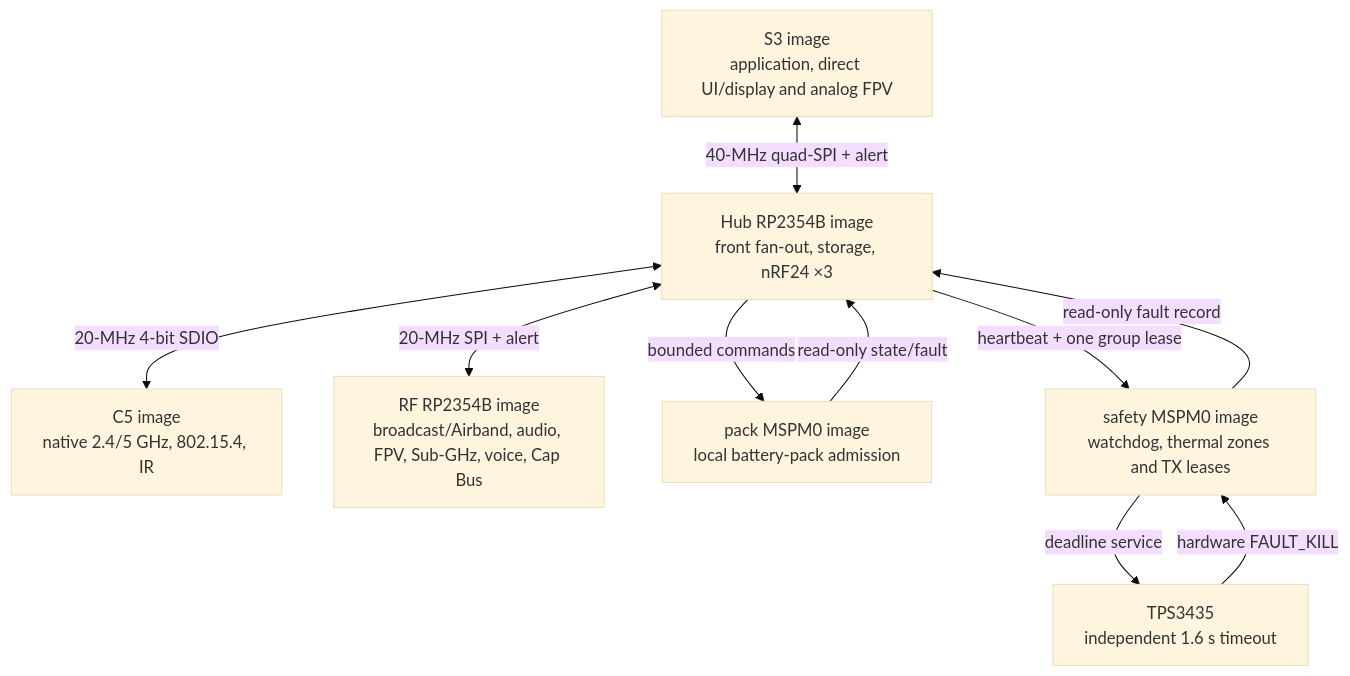
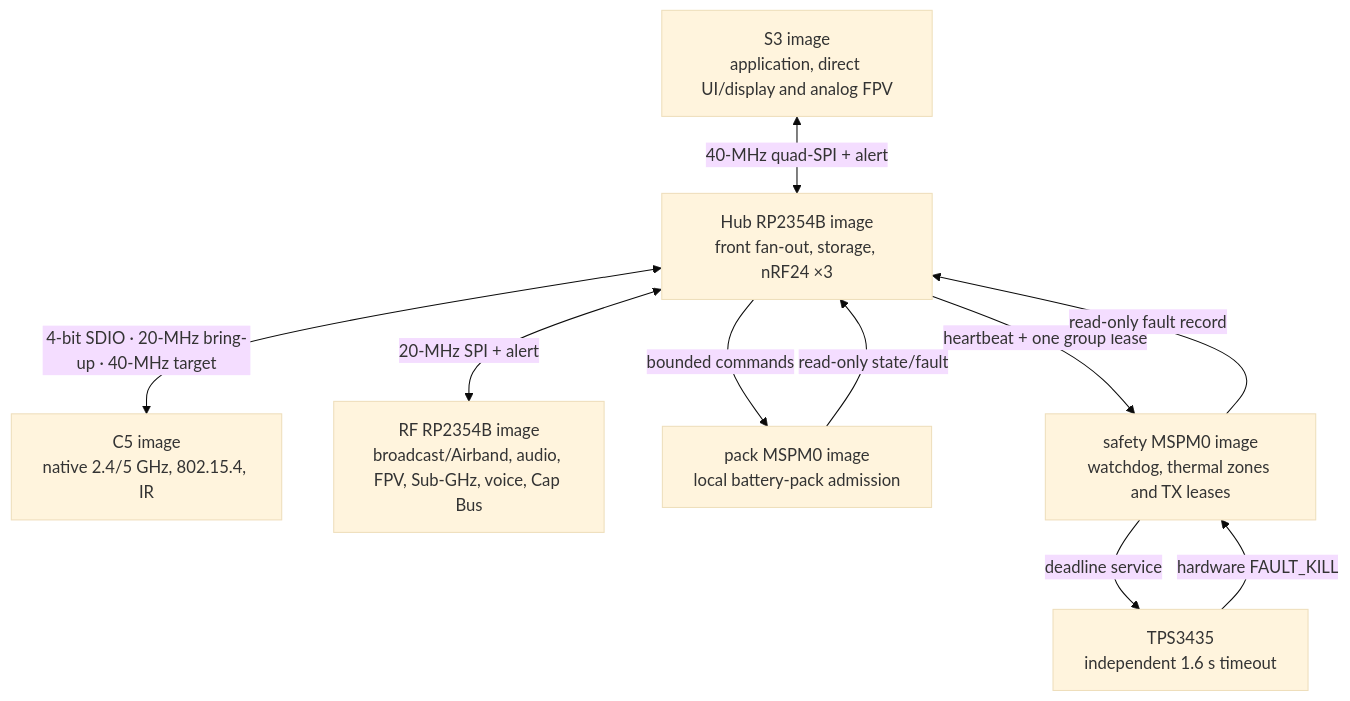
The diagram in README.md (anton-vinogradov/esp32-leshy2-firmware), drawn with Mermaid (base theme) before and after one commit. The commit also changed other lines of this file and 45 other files, not shown here.

````diff
--- a/README.md
+++ b/README.md
@@ -324,19 +332,19 @@
 ```mermaid
 flowchart TB
   S3["S3 image<br/>application, direct UI/display and analog FPV"]
   HUB["Hub RP2354B image<br/>front fan-out, storage, nRF24 ×3"]
   C5["C5 image<br/>native 2.4/5 GHz, 802.15.4, IR"]
   RP["RF RP2354B image<br/>broadcast/Airband, audio, FPV, Sub-GHz, voice, Cap Bus"]
   PACK["pack MSPM0 image<br/>local battery-pack admission"]
   SAFE["safety MSPM0 image<br/>watchdog, thermal zones and TX leases"]
   WDG["TPS3435<br/>independent 1.6 s timeout"]
   S3 <-->|"40-MHz quad-SPI + alert"| HUB
-  HUB <-->|"20-MHz 4-bit SDIO"| C5
+  HUB <-->|"4-bit SDIO · 20-MHz bring-up · 40-MHz target"| C5
   HUB <-->|"20-MHz SPI + alert"| RP
   HUB -->|"bounded commands"| PACK
   PACK -->|"read-only state/fault"| HUB
   HUB -->|"heartbeat + one group lease"| SAFE
   SAFE -->|"read-only fault record"| HUB
   SAFE -->|"deadline service"| WDG
   WDG -->|"hardware FAULT_KILL"| SAFE
 ```
````
